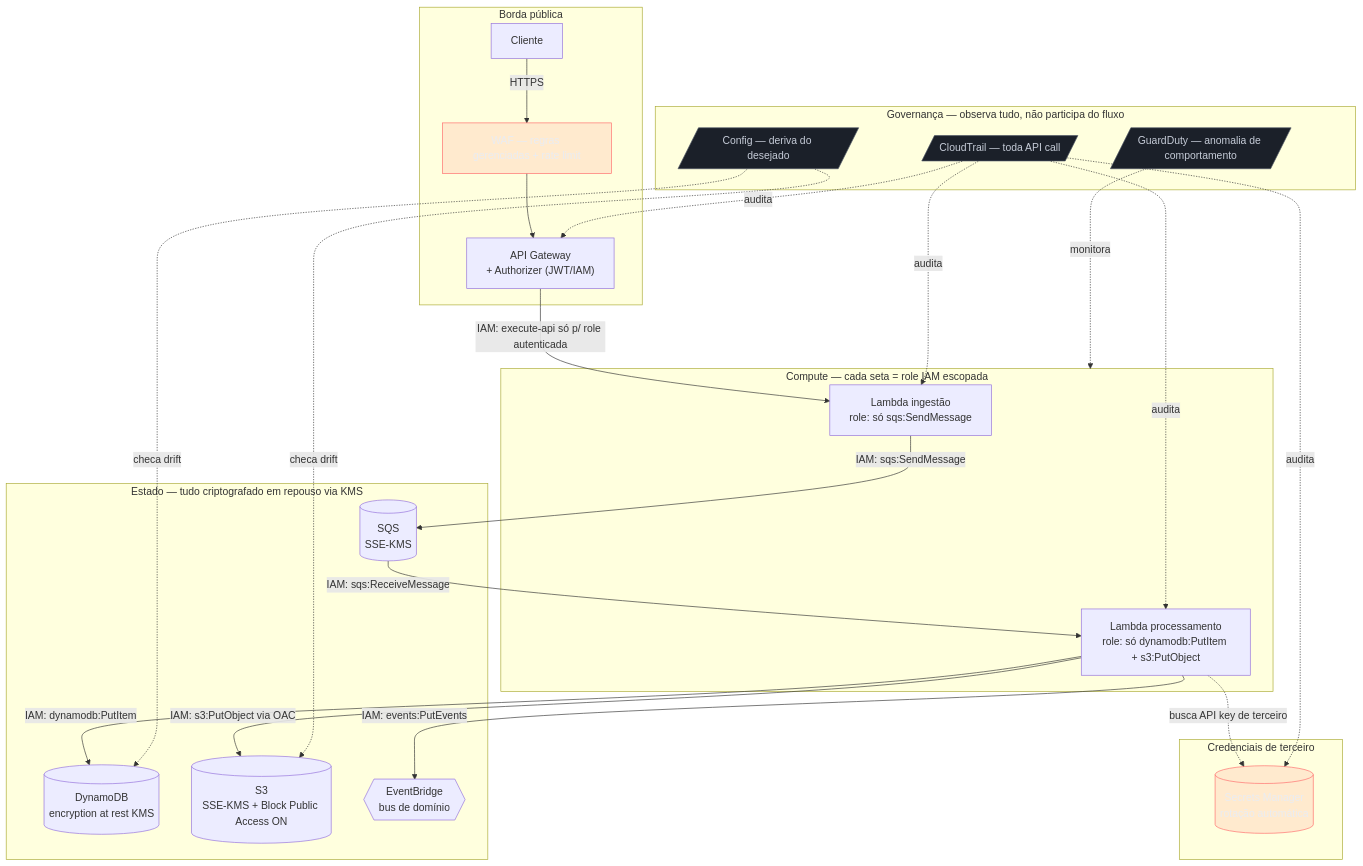
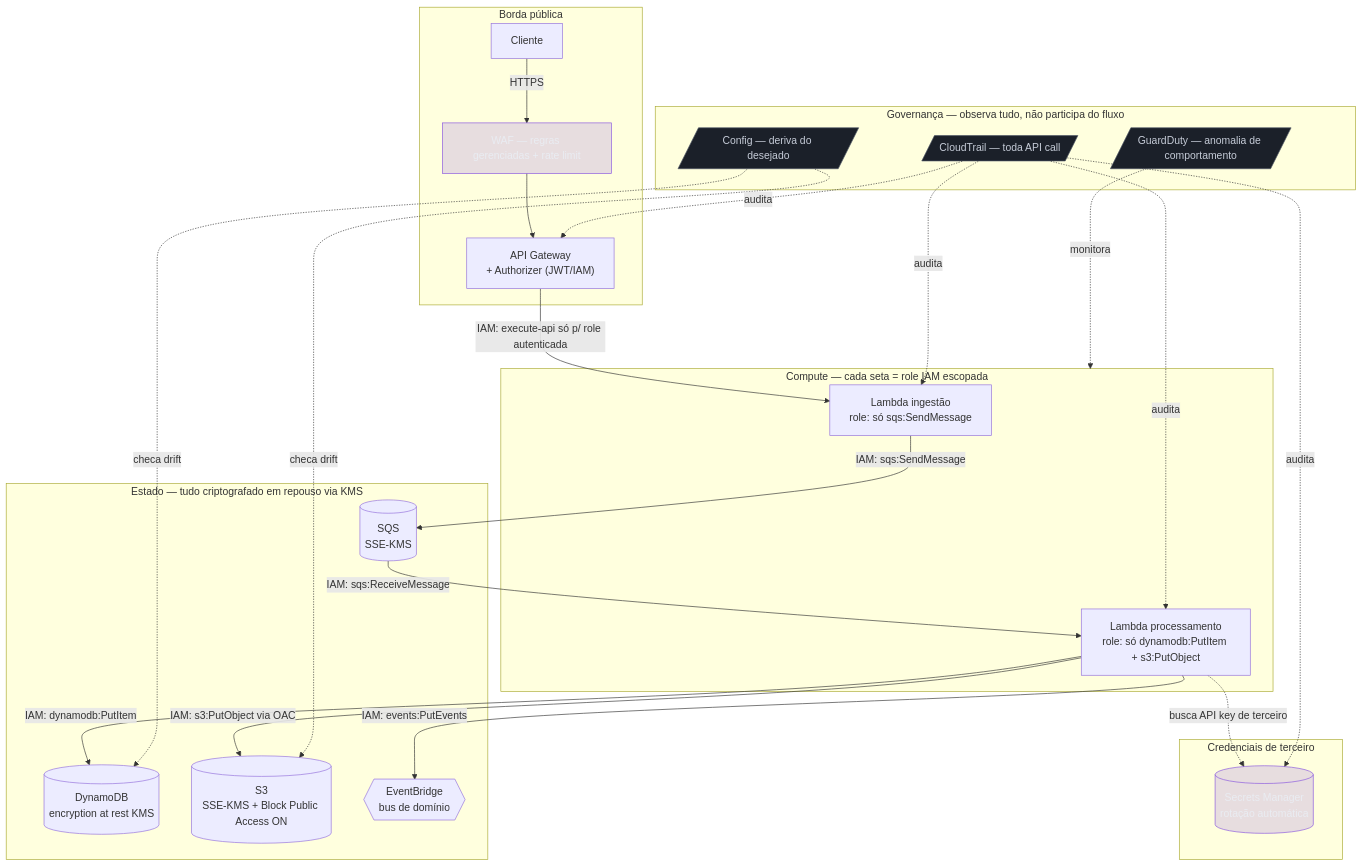
One commit to josenaldo/codex-technomanticus changed the diagram in 03-Dominios/Tecnologia/Cloud/18 - Segurança na cloud a fundo/06 - Threat model de uma arquitetura cloud (capstone).md. Above: the diagram before and after it, drawn with Mermaid. The commit also changed 601 other files, not shown here.

````diff
--- a/03-Dominios/Tecnologia/Cloud/18 - Segurança na cloud a fundo/06 - Threat model de uma arquitetura cloud (capstone).md
+++ b/03-Dominios/Tecnologia/Cloud/18 - Segurança na cloud a fundo/06 - Threat model de uma arquitetura cloud (capstone).md
@@ -32,55 +32,55 @@
 ```mermaid
 flowchart TB
-    classDef falha fill:#FF6B6B24,stroke:#FF6B6B,color:#E9ECF2
+    classDef marca fill:#8855DF33,stroke:#8855DF,color:#E9ECF2
     classDef neutro fill:#1B2029,stroke:#4E5666,color:#C6CCD8
     subgraph Borda["Borda pública"]
         Client[Cliente]
         WAF[WAF — regras gerenciadas + rate limit]
         APIGW["API Gateway<br/>+ Authorizer (JWT/IAM)"]
     end
 
     subgraph Compute["Compute — cada seta = role IAM escopada"]
         L1["Lambda ingestão<br/>role: só sqs:SendMessage"]
         L2["Lambda processamento<br/>role: só dynamodb:PutItem + s3:PutObject"]
     end
 
     subgraph Estado["Estado — tudo criptografado em repouso via KMS"]
         SQS[("SQS<br/>SSE-KMS")]
         DDB[("DynamoDB<br/>encryption at rest KMS")]
         S3[("S3<br/>SSE-KMS + Block Public Access ON")]
         EB{{"EventBridge<br/>bus de domínio"}}
     end
 
     subgraph Segredos["Credenciais de terceiro"]
         SM[("Secrets Manager<br/>rotação automática")]
     end
 
     subgraph Governanca["Governança — observa tudo, não participa do fluxo"]
         CT[/CloudTrail — toda API call/]
         CFG[/Config — deriva do desejado/]
         GD[/GuardDuty — anomalia de comportamento/]
     end
 
     Client -->|"HTTPS"| WAF --> APIGW
     APIGW -->|"IAM: execute-api só p/ role autenticada"| L1
     L1 -->|"IAM: sqs:SendMessage"| SQS
     SQS -->|"IAM: sqs:ReceiveMessage"| L2
     L2 -->|"IAM: dynamodb:PutItem"| DDB
     L2 -->|"IAM: s3:PutObject via OAC"| S3
     L2 -->|"IAM: events:PutEvents"| EB
     L2 -.->|"busca API key de terceiro"| SM
 
     CT -.->|audita| APIGW
     CT -.->|audita| L1
     CT -.->|audita| L2
     CT -.->|audita| SM
     CFG -.->|checa drift| DDB
     CFG -.->|checa drift| S3
     GD -.->|monitora| Compute
 
-    class WAF falha
-    class SM falha
+    class WAF marca
+    class SM marca
     class CT neutro
     class CFG neutro
     class GD neutro
 ```
````
